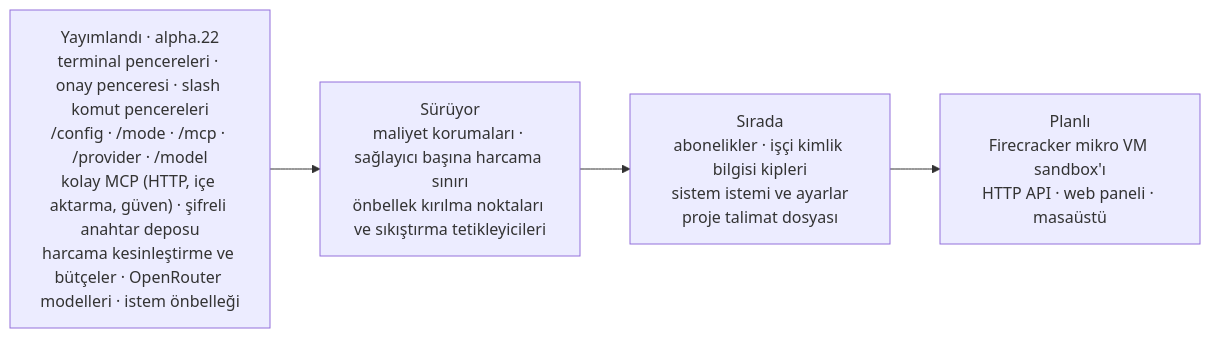
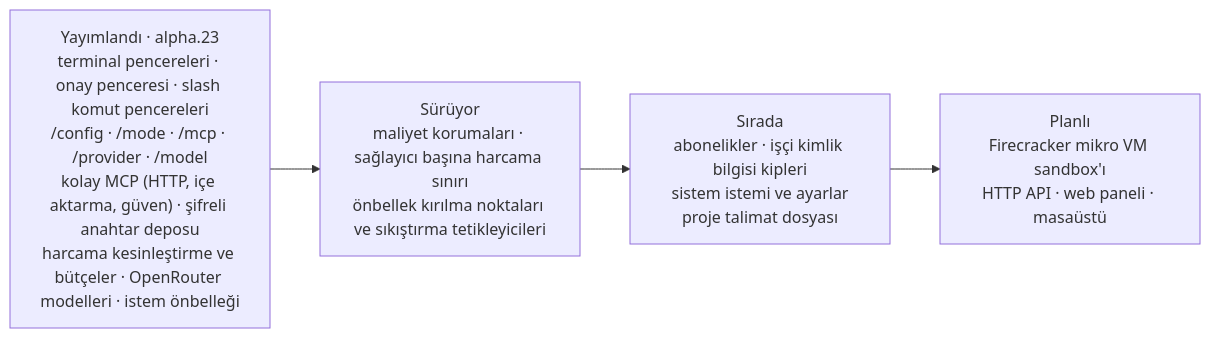
One commit to Verhex/deckent-next changed the fifth of 5 diagrams in README.tr.md. Above: the diagram before and after it, drawn with Mermaid. The commit also changed 2 other files, not shown here.

Commit message:
docs: alpha.23 landing follow-up (proof paths for open items, next package row, README release node alpha.23)
Claude-Session: https://claude.ai/code/session_01HsFsXGATtYy8qad95Y7v5q

````diff
--- a/README.tr.md
+++ b/README.tr.md
@@ -337,6 +337,6 @@
 ```mermaid
 flowchart LR
-  L["Yayımlandı · alpha.22<br/>terminal pencereleri · onay penceresi · slash komut pencereleri<br/>/config · /mode · /mcp · /provider · /model<br/>kolay MCP (HTTP, içe aktarma, güven) · şifreli anahtar deposu<br/>harcama kesinleştirme ve bütçeler · OpenRouter modelleri · istem önbelleği"] --> P["Sürüyor<br/>maliyet korumaları · sağlayıcı başına harcama sınırı<br/>önbellek kırılma noktaları ve sıkıştırma tetikleyicileri"]
+  L["Yayımlandı · alpha.23<br/>terminal pencereleri · onay penceresi · slash komut pencereleri<br/>/config · /mode · /mcp · /provider · /model<br/>kolay MCP (HTTP, içe aktarma, güven) · şifreli anahtar deposu<br/>harcama kesinleştirme ve bütçeler · OpenRouter modelleri · istem önbelleği"] --> P["Sürüyor<br/>maliyet korumaları · sağlayıcı başına harcama sınırı<br/>önbellek kırılma noktaları ve sıkıştırma tetikleyicileri"]
   P --> N["Sırada<br/>abonelikler · işçi kimlik bilgisi kipleri<br/>sistem istemi ve ayarlar<br/>proje talimat dosyası"]
   N --> F["Planlı<br/>Firecracker mikro VM sandbox'ı<br/>HTTP API · web paneli · masaüstü"]
 ```
````
